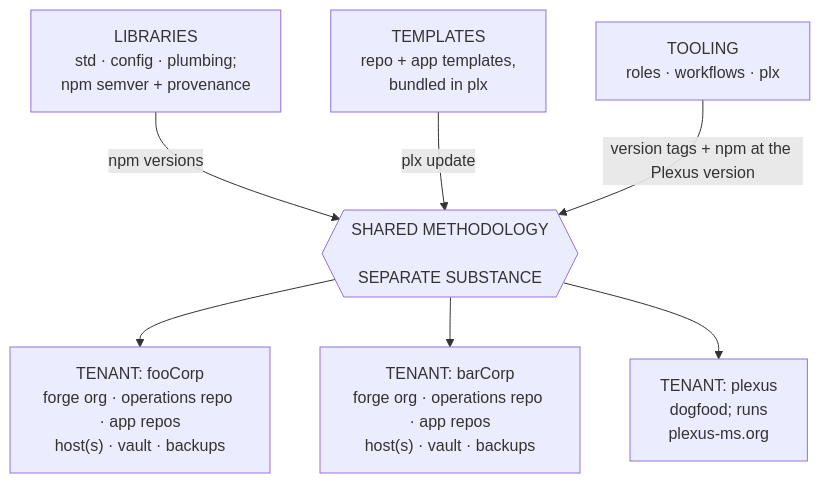
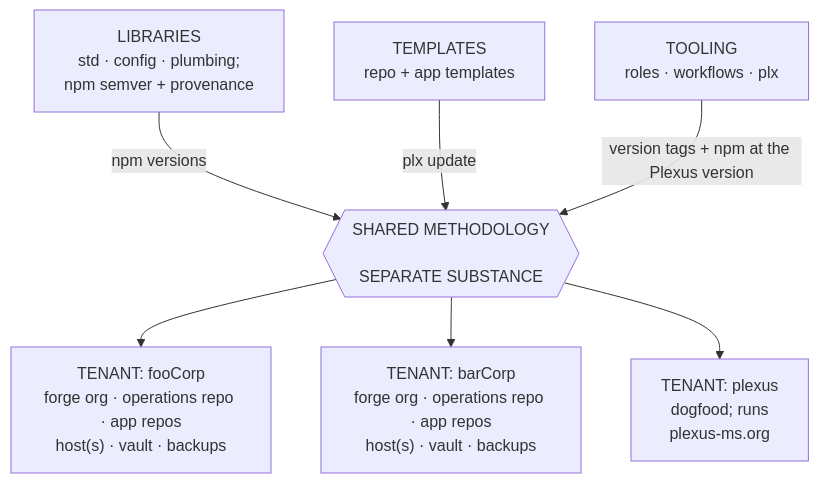
The diagram in essentials/standard.md (plexus-ms/compendium), drawn with Mermaid before and after one commit. The commit also changed other lines of this file and 2 other files, not shown here.

First line of the commit message:
docs: review of the template-engine pages, two writers of version and one home per fact

````diff
--- a/essentials/standard.md
+++ b/essentials/standard.md
@@ -261,13 +263,13 @@
 ```mermaid
 flowchart TB
   packages["LIBRARIES<br>std · config · plumbing;<br>npm semver + provenance"]
-  template["TEMPLATES<br>repo + app templates,<br>bundled in plx"]
+  template["TEMPLATES<br>repo + app templates"]
   ops["TOOLING<br>roles · workflows · plx"]
   boundary{{"SHARED METHODOLOGY<br><br>SEPARATE SUBSTANCE"}}
   packages -- "npm versions" --> boundary
   template -- "plx update" --> boundary
   ops -- "version tags + npm at the Plexus version" --> boundary
   boundary --> acme["TENANT: fooCorp<br>forge org · operations repo · app repos<br>host(s) · vault · backups"]
   boundary --> initech["TENANT: barCorp<br>forge org · operations repo · app repos<br>host(s) · vault · backups"]
   boundary --> plexus["TENANT: plexus<br>dogfood; runs<br>plexus-ms.org"]
 ```
````
